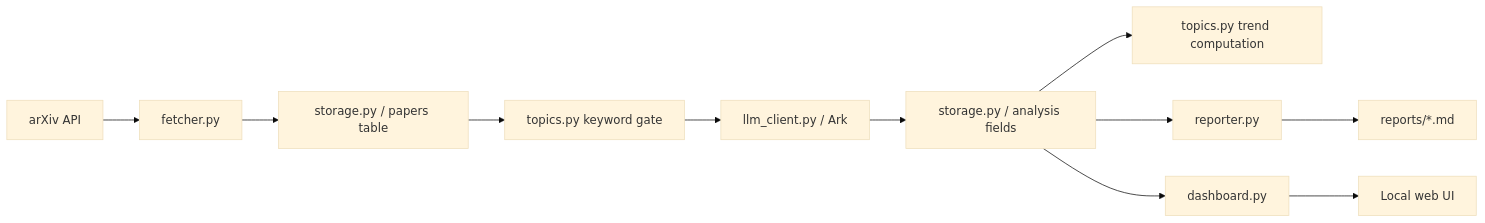
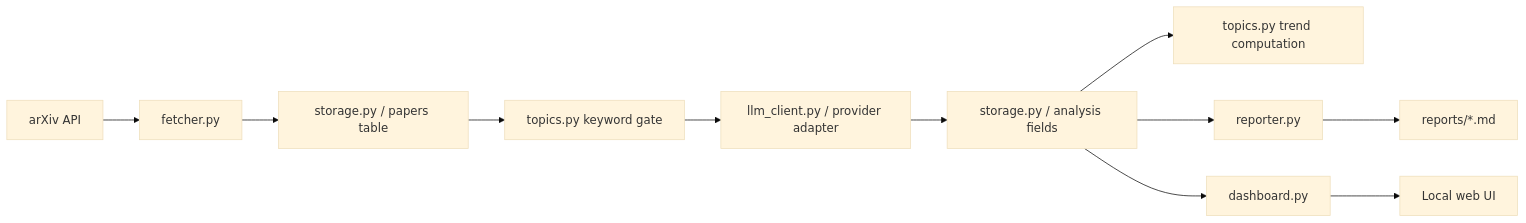
One commit to 12nono-ai/Lite-Paper-Radar changed the diagram in docs/architecture.md. Above: the diagram before and after it, drawn with Mermaid (base theme). The commit also changed other lines of this file and 13 other files, not shown here.

````diff
--- a/docs/architecture.md
+++ b/docs/architecture.md
@@ -14,13 +14,13 @@
 ```mermaid
 flowchart LR
     A["arXiv API"] --> B["fetcher.py"]
     B --> C["storage.py / papers table"]
     C --> D["topics.py keyword gate"]
-    D --> E["llm_client.py / Ark"]
+    D --> E["llm_client.py / provider adapter"]
     E --> F["storage.py / analysis fields"]
     F --> G["topics.py trend computation"]
     F --> H["reporter.py"]
     F --> I["dashboard.py"]
     H --> J["reports/*.md"]
     I --> K["Local web UI"]
 ```
````
